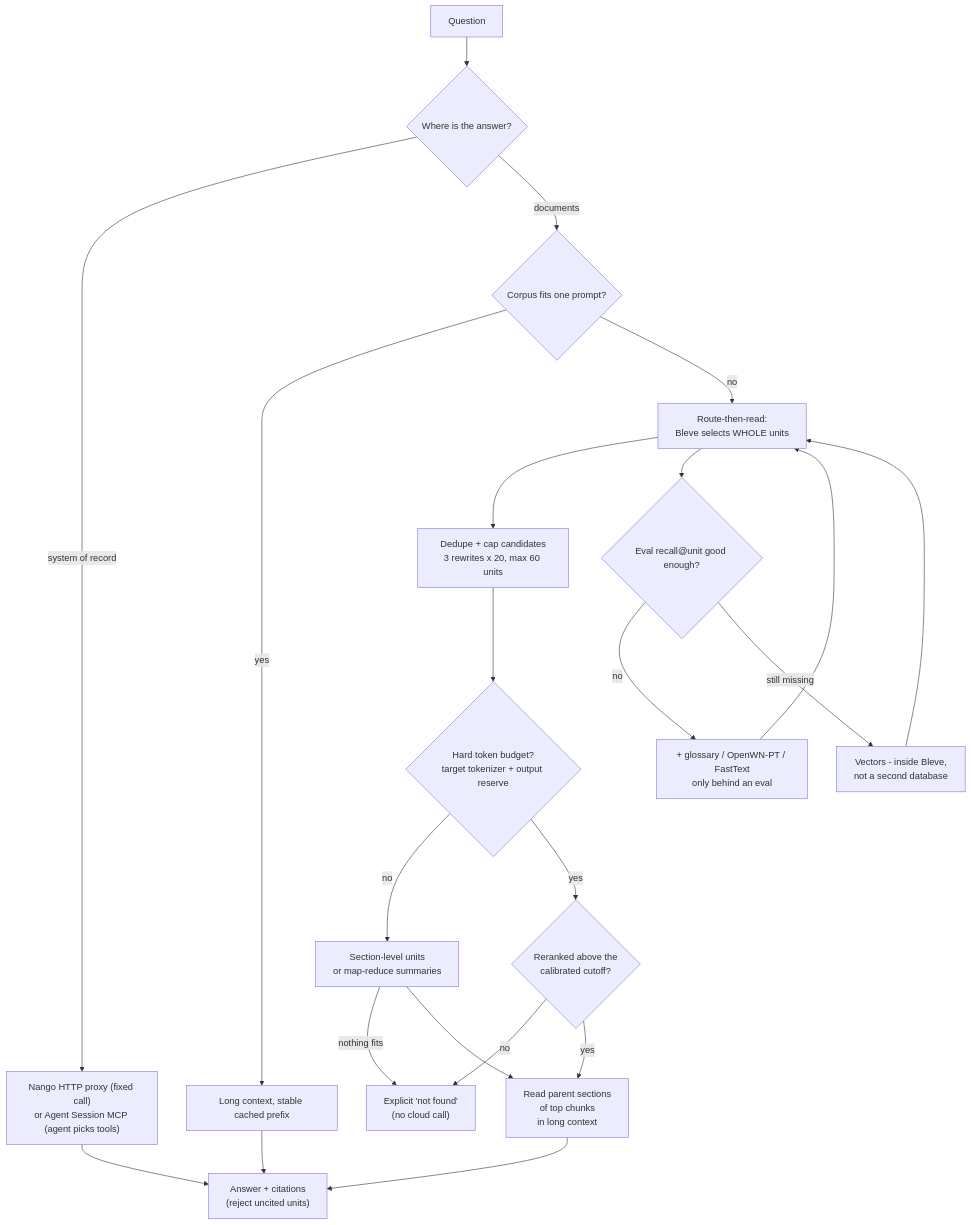
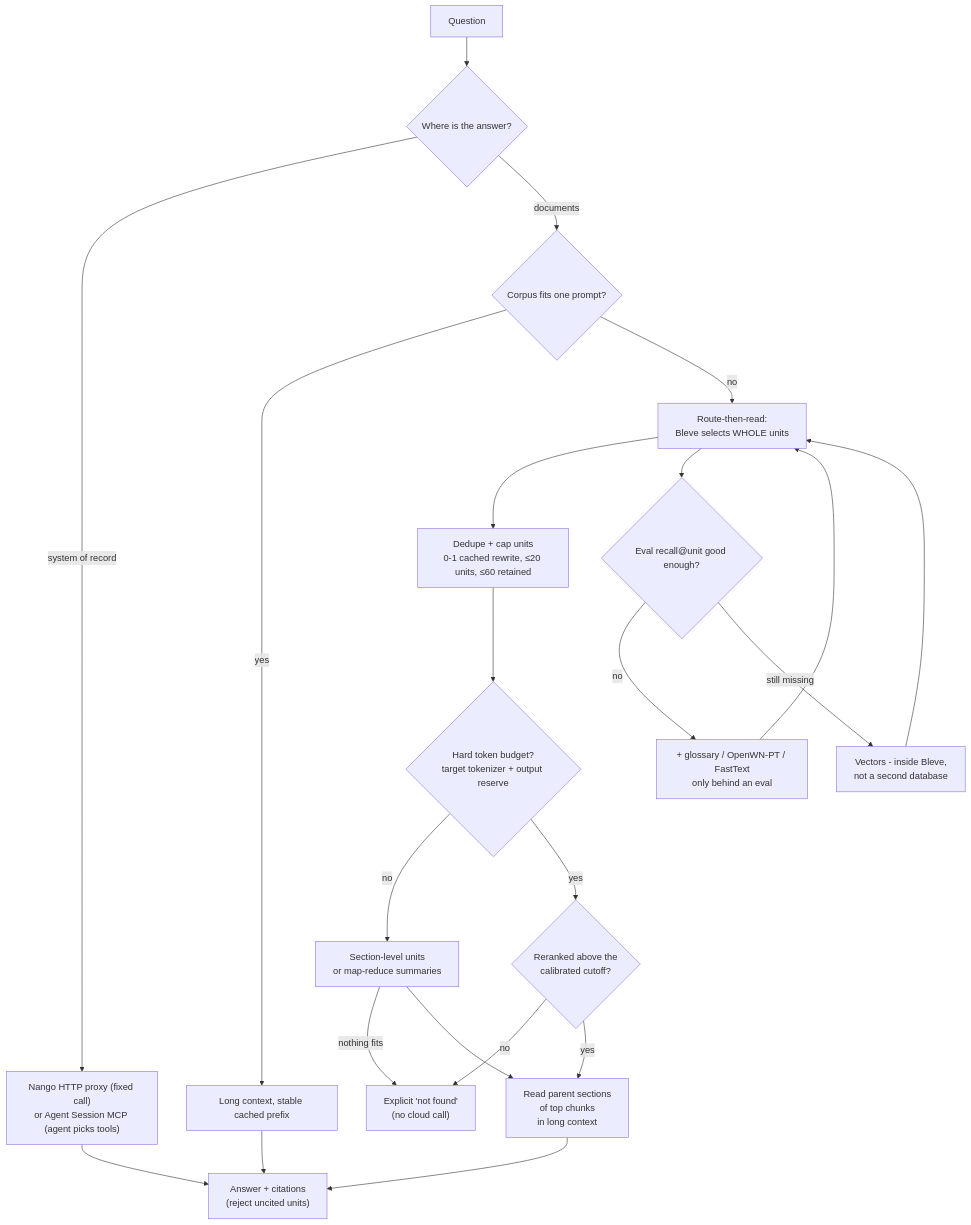
Before and after one commit to calionauta/turvez: the seventh of 8 diagrams in docs/workflows.md, drawn with Mermaid. The commit also changed other lines of this file and 44 other files, not shown here.

````diff
--- a/docs/workflows.md
+++ b/docs/workflows.md
@@ -148,24 +148,24 @@
 ```mermaid
 flowchart TD
     Q["Question"] --> S{"Where is the answer?"}
     S -->|"system of record"| P["Nango HTTP proxy (fixed call)<br/>or Agent Session MCP (agent picks tools)"]
     S -->|"documents"| L{"Corpus fits one prompt?"}
     L -->|"yes"| LC["Long context, stable cached prefix"]
     L -->|"no"| RT["Route-then-read:<br/>Bleve selects WHOLE units"]
-    RT --> CAP["Dedupe + cap candidates<br/>3 rewrites x 20, max 60 units"]
+    RT --> CAP["Dedupe + cap units<br/>0-1 cached rewrite, ≤20 units, ≤60 retained"]
     CAP --> BUD{"Hard token budget?<br/>target tokenizer + output reserve"}
     BUD -->|"no"| SEC["Section-level units<br/>or map-reduce summaries"]
     SEC -->|"nothing fits"| REF["Explicit 'not found'<br/>(no cloud call)"]
     BUD -->|"yes"| REL{"Reranked above the<br/>calibrated cutoff?"}
     REL -->|"no"| REF
     REL -->|"yes"| READ["Read parent sections<br/>of top chunks<br/>in long context"]
     SEC --> READ
     RT --> EV{"Eval recall@unit good enough?"}
     EV -->|"no"| WN["+ glossary / OpenWN-PT / FastText<br/>only behind an eval"]
     WN --> RT
     EV -->|"still missing"| VEC["Vectors - inside Bleve,<br/>not a second database"]
     VEC --> RT
     READ --> ANS["Answer + citations<br/>(reject uncited units)"]
     LC --> ANS
     P --> ANS
 ```
````
